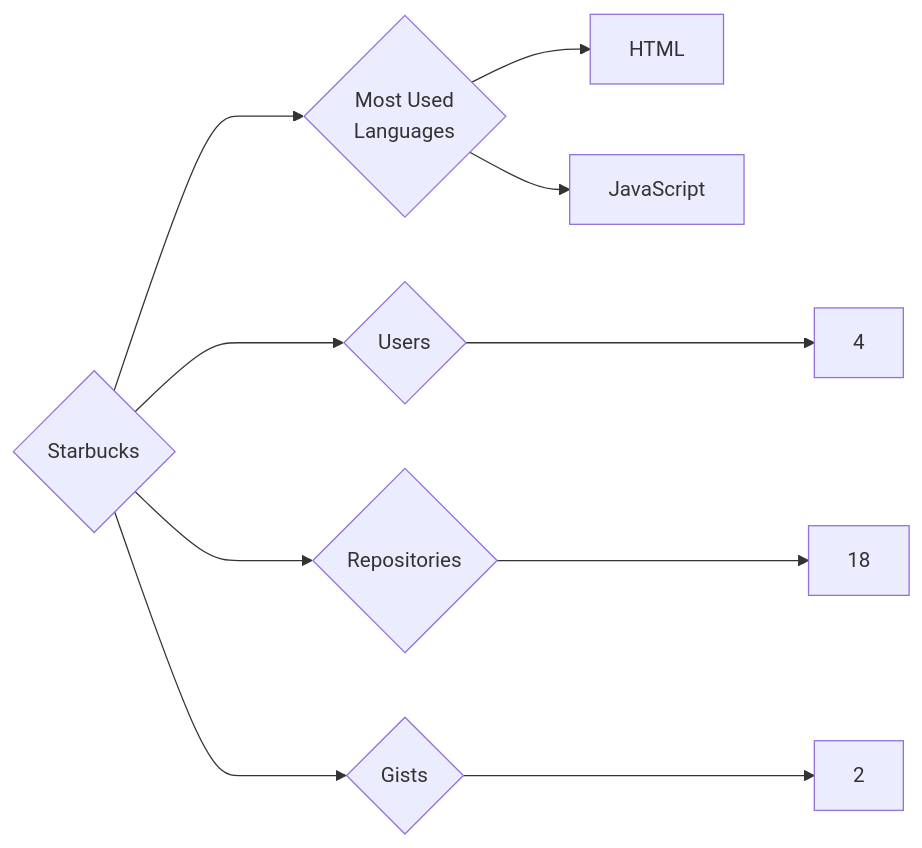
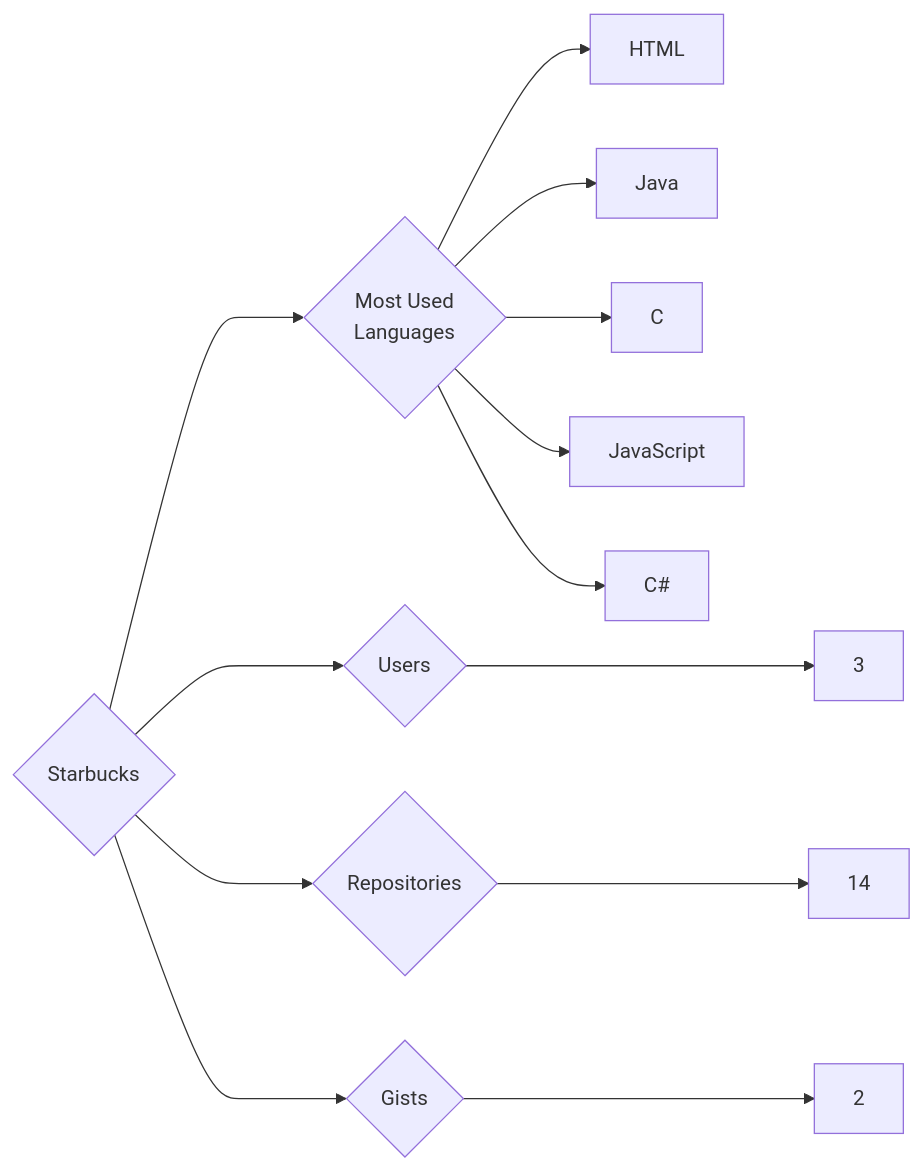
The diagram in targets/Starbucks/README.md (trickest/insiders), drawn with Mermaid before and after one commit. The commit also changed 1248 other files, not shown here.

````diff
--- a/targets/Starbucks/README.md
+++ b/targets/Starbucks/README.md
@@ -3,10 +3,13 @@
 ```mermaid
 graph LR
 COMPANY_NAME{Starbucks}
-COMPANY_NAME ---> U{Users} ---> UN[4]
-COMPANY_NAME ---> R{Repositories} ---> RN[18]
+COMPANY_NAME ---> U{Users} ---> UN[3]
+COMPANY_NAME ---> R{Repositories} ---> RN[14]
 COMPANY_NAME ---> G{Gists} ---> GN[2]
 COMPANY_NAME ---> ML{Most Used<br>Languages}
 ML --> HTML[HTML]
+ML --> Java[Java]
+ML --> C[C]
 ML --> JavaScript[JavaScript]
+ML --> C#[C#]
 ```
````
